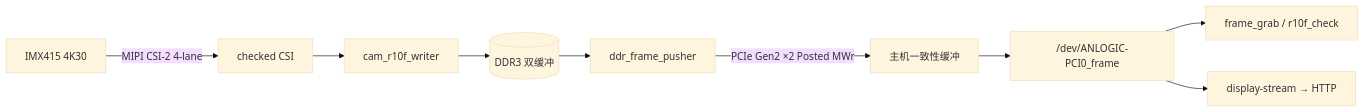
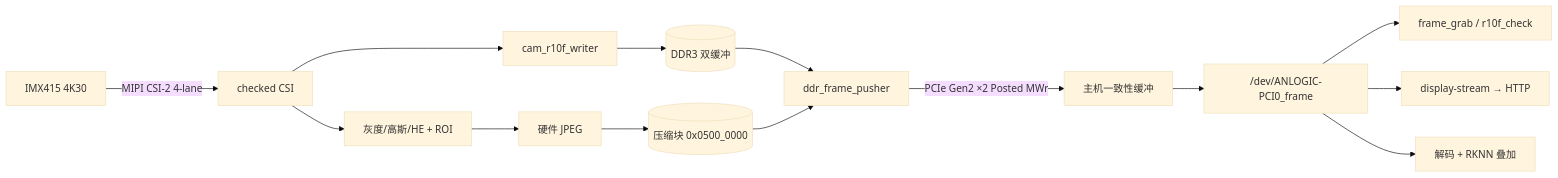
One commit to xiaozhuABCD1234/2026-embedded-chip-fpga-ph1p100 changed the diagram in README.md. Above: the diagram before and after it, drawn with Mermaid (base theme). The commit also changed other lines of this file, not shown here.

Commit message:
docs(readme): 标题/数据通路补上硬件 JPEG 与 NPU 支路

```diff
--- a/README.md
+++ b/README.md
@@ -14,11 +15,14 @@
 ~~~mermaid
 flowchart LR
   CAM["IMX415 4K30"] -->|"MIPI CSI-2 4-lane"| CSI["checked CSI"]
   CSI --> W["cam_r10f_writer"]
+  CSI --> A["灰度/高斯/HE + ROI"] --> J["硬件 JPEG"] --> CB[("压缩块 0x0500_0000")]
   W --> DDR[("DDR3 双缓冲")]
   DDR --> P["ddr_frame_pusher"]
+  CB --> P
   P -->|"PCIe Gen2 ×2 Posted MWr"| MEM["主机一致性缓冲"]
   MEM --> DEV["/dev/ANLOGIC-PCI0_frame"]
   DEV --> GRAB["frame_grab / r10f_check"]
   DEV --> DISP["display-stream → HTTP"]
+  DEV --> NPU["解码 + RKNN 叠加"]
 ~~~
```
